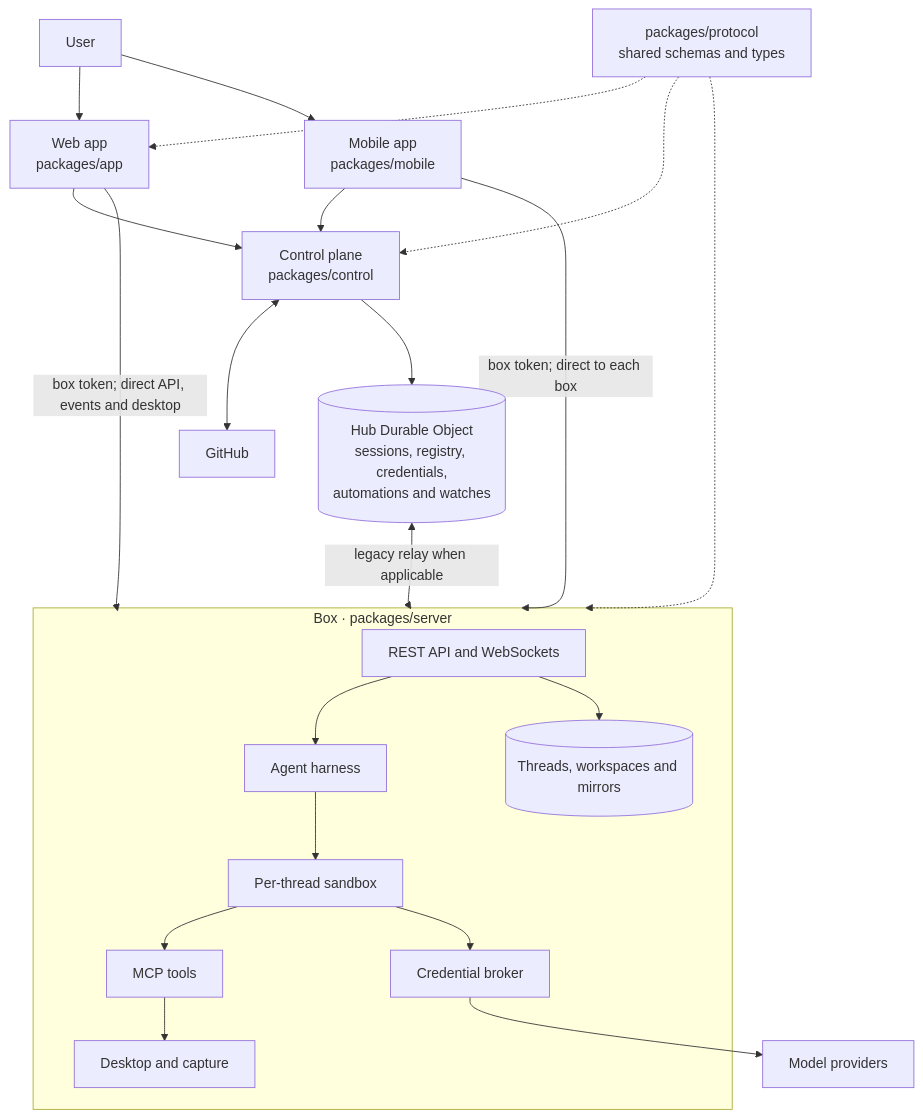
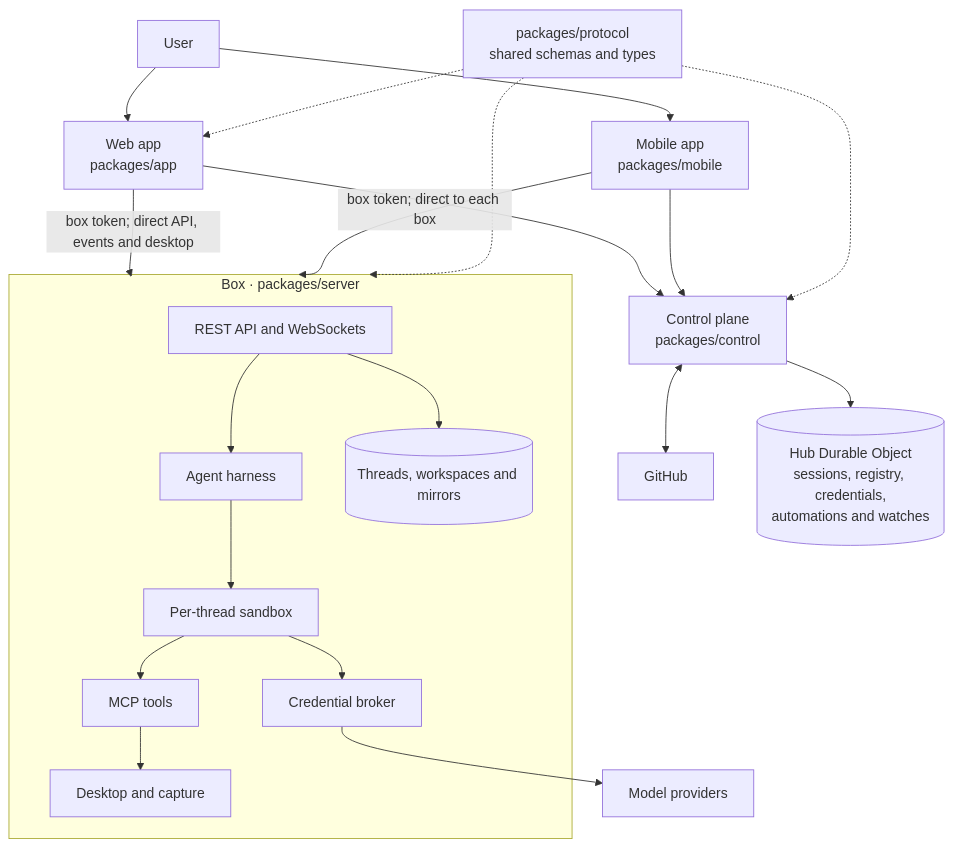
Before and after one commit to jarenm1/kestrel: the diagram in docs/architecture.md, drawn with Mermaid. The commit also changed other lines of this file and 96 other files, not shown here.

````diff
--- a/docs/architecture.md
+++ b/docs/architecture.md
@@ -9,30 +9,29 @@
 ```mermaid
 flowchart TB
   U["User"] --> WEB["Web app<br/>packages/app"]
   U --> MOBILE["Mobile app<br/>packages/mobile"]
   WEB --> CTRL["Control plane<br/>packages/control"]
   MOBILE --> CTRL
   CTRL <--> GH["GitHub"]
   CTRL --> HUB[("Hub Durable Object<br/>sessions, registry, credentials,<br/>automations and watches")]
   WEB -->|"box token; direct API, events and desktop"| BOX
   MOBILE -->|"box token; direct to each box"| BOX
-  HUB <-->|"legacy relay when applicable"| BOX
   subgraph BOX["Box · packages/server"]
     API["REST API and WebSockets"]
     HARNESS["Agent harness"]
     SANDBOX["Per-thread sandbox"]
     MCP["MCP tools"]
     BROKER["Credential broker"]
     DESKTOP["Desktop and capture"]
     DATA[("Threads, workspaces and mirrors")]
     API --> HARNESS --> SANDBOX
     API --> DATA
     SANDBOX --> MCP
     SANDBOX --> BROKER
     MCP --> DESKTOP
   end
   BROKER --> MODEL["Model providers"]
   PROTOCOL["packages/protocol<br/>shared schemas and types"] -.-> WEB
   PROTOCOL -.-> CTRL
   PROTOCOL -.-> BOX
 ```
````
